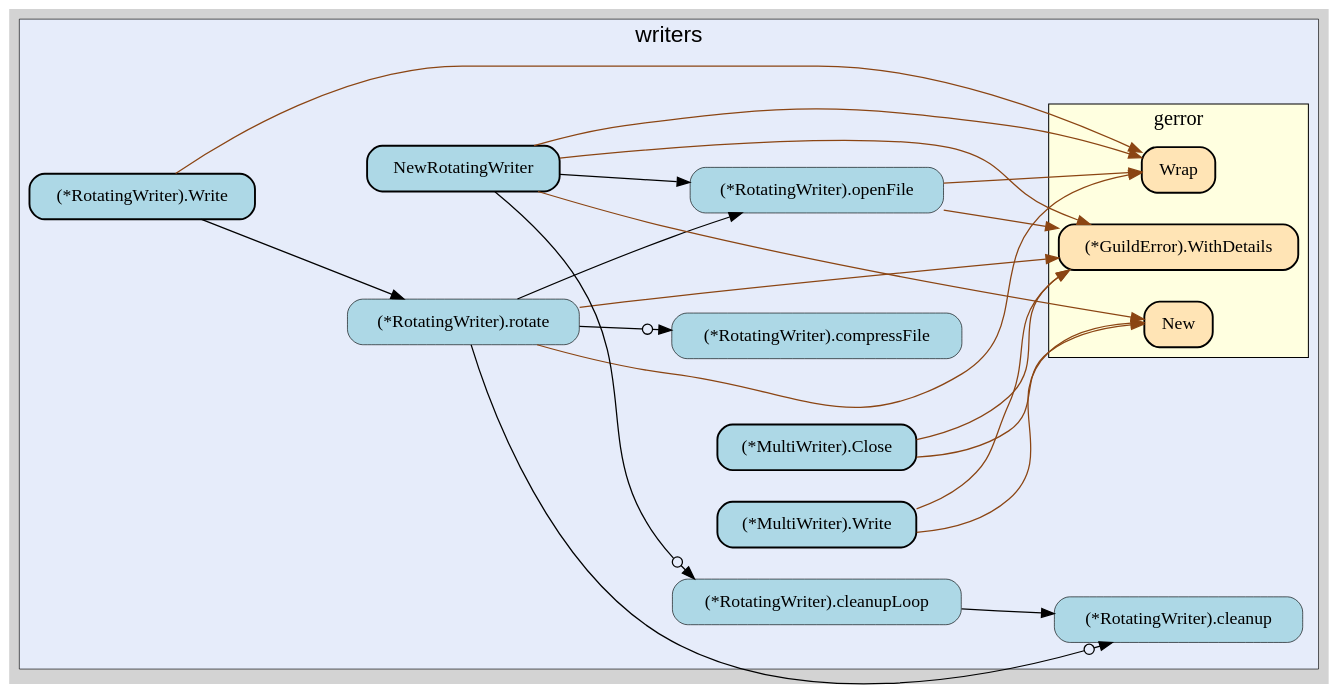
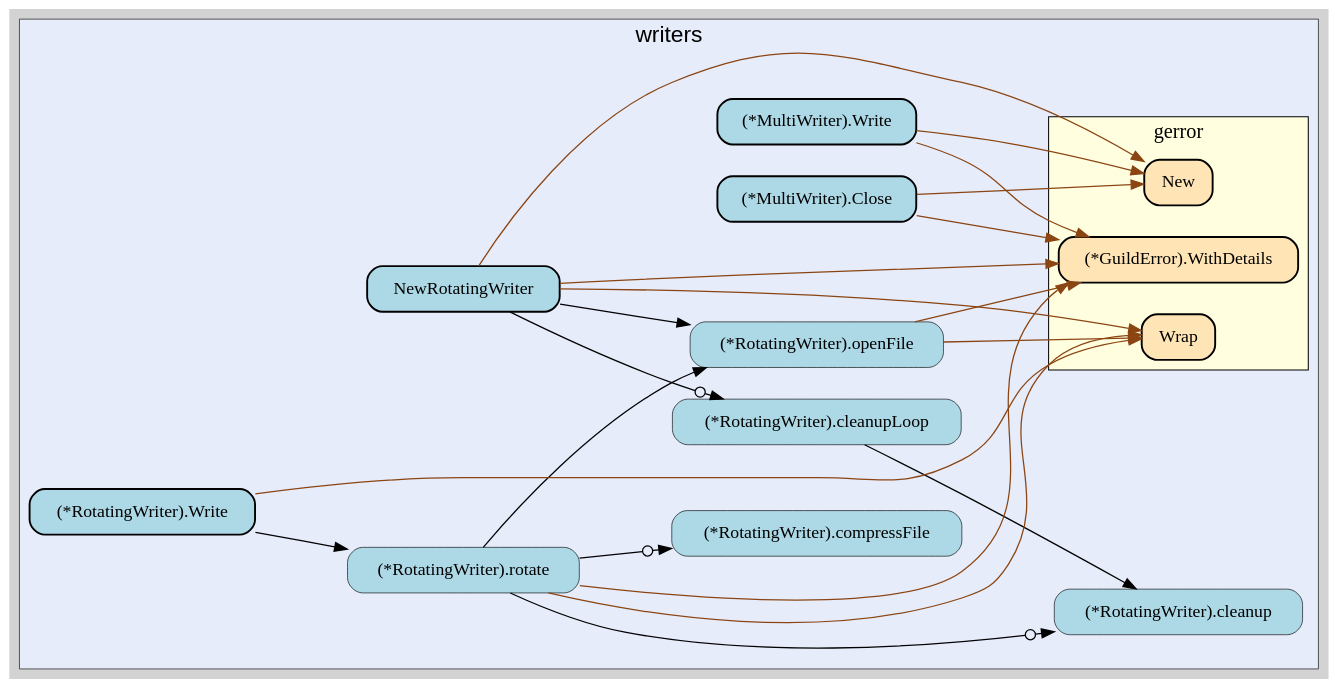
One commit to lancekrogers/guild-core changed the diagram in docs/images/callgraphs/pkg-logging-writers.gv. Above: the diagram before and after it, drawn with Graphviz. The commit also changed 289 other files, not shown here.

```diff
--- a/docs/images/callgraphs/pkg-logging-writers.gv
+++ b/docs/images/callgraphs/pkg-logging-writers.gv
@@ -14,58 +14,58 @@
     edge [minlen="2"]
 
     subgraph "cluster_focus" {
-        fontsize="18";
-bgcolor="#e6ecfa";
+        bgcolor="#e6ecfa";
 label="writers";
 labelloc="t";
 labeljust="c";
+fontsize="18";
         
-        "(*github.com/guild-framework/guild-core/pkg/logging/writers.RotatingWriter).cleanupLoop" [ fillcolor="lightblue" label="(*RotatingWriter).cleanupLoop" penwidth="0.5" tooltip="(*github.com/guild-framework/guild-core/pkg/logging/writers.RotatingWriter).cleanupLoop | defined in rotating.go:252\nat rotating.go:257: calling [(*github.com/guild-framework/guild-core/pkg/logging/writers.RotatingWriter).cleanup]" ]
-        "(*github.com/guild-framework/guild-core/pkg/logging/writers.RotatingWriter).cleanup" [ label="(*RotatingWriter).cleanup" penwidth="0.5" tooltip="(*github.com/guild-framework/guild-core/pkg/logging/writers.RotatingWriter).cleanup | defined in rotating.go:196" fillcolor="lightblue" ]
-        "(*github.com/guild-framework/guild-core/pkg/logging/writers.RotatingWriter).openFile" [ fillcolor="lightblue" label="(*RotatingWriter).openFile" penwidth="0.5" tooltip="(*github.com/guild-framework/guild-core/pkg/logging/writers.RotatingWriter).openFile | defined in rotating.go:99\nat rotating.go:111: calling [(*github.com/guild-framework/guild-core/pkg/gerror.GuildError).WithDetails]\nat rotating.go:110: calling [github.com/guild-framework/guild-core/pkg/gerror.Wrap]" ]
-        "(*github.com/guild-framework/guild-core/pkg/logging/writers.RotatingWriter).rotate" [ fillcolor="lightblue" label="(*RotatingWriter).rotate" penwidth="0.5" tooltip="(*github.com/guild-framework/guild-core/pkg/logging/writers.RotatingWriter).rotate | defined in rotating.go:119\nat rotating.go:123: calling [github.com/guild-framework/guild-core/pkg/gerror.Wrap]\nat rotating.go:137: calling [github.com/guild-framework/guild-core/pkg/gerror.Wrap]\nat rotating.go:138: calling [(*github.com/guild-framework/guild-core/pkg/gerror.GuildError).WithDetails]\nat rotating.go:139: calling [(*github.com/guild-framework/guild-core/pkg/gerror.GuildError).WithDetails]\nat rotating.go:144: calling [(*github.com/guild-framework/guild-core/pkg/logging/writers.RotatingWriter).compressFile]\nat rotating.go:148: calling [(*github.com/guild-framework/guild-core/pkg/logging/writers.RotatingWriter).openFile]\nat rotating.go:156: calling [(*github.com/guild-framework/guild-core/pkg/logging/writers.RotatingWriter).cleanup]" ]
+        "(*github.com/guild-framework/guild-core/pkg/logging/writers.RotatingWriter).openFile" [ fillcolor="lightblue" label="(*RotatingWriter).openFile" penwidth="0.5" tooltip="(*github.com/guild-framework/guild-core/pkg/logging/writers.RotatingWriter).openFile | defined in rotating.go:99\nat rotating.go:110: calling [github.com/guild-framework/guild-core/pkg/gerror.Wrap]\nat rotating.go:111: calling [(*github.com/guild-framework/guild-core/pkg/gerror.GuildError).WithDetails]" ]
+        "(*github.com/guild-framework/guild-core/pkg/logging/writers.MultiWriter).Close" [ fillcolor="lightblue" label="(*MultiWriter).Close" penwidth="1.5" tooltip="(*github.com/guild-framework/guild-core/pkg/logging/writers.MultiWriter).Close | defined in multi.go:69\nat multi.go:84: calling [(*github.com/guild-framework/guild-core/pkg/gerror.GuildError).WithDetails]\nat multi.go:83: calling [github.com/guild-framework/guild-core/pkg/gerror.New]" ]
+        "(*github.com/guild-framework/guild-core/pkg/logging/writers.RotatingWriter).cleanupLoop" [ tooltip="(*github.com/guild-framework/guild-core/pkg/logging/writers.RotatingWriter).cleanupLoop | defined in rotating.go:252\nat rotating.go:257: calling [(*github.com/guild-framework/guild-core/pkg/logging/writers.RotatingWriter).cleanup]" fillcolor="lightblue" label="(*RotatingWriter).cleanupLoop" penwidth="0.5" ]
+        "(*github.com/guild-framework/guild-core/pkg/logging/writers.RotatingWriter).cleanup" [ fillcolor="lightblue" label="(*RotatingWriter).cleanup" penwidth="0.5" tooltip="(*github.com/guild-framework/guild-core/pkg/logging/writers.RotatingWriter).cleanup | defined in rotating.go:196" ]
+        "github.com/guild-framework/guild-core/pkg/logging/writers.NewRotatingWriter" [ fillcolor="lightblue" label="NewRotatingWriter" penwidth="1.5" tooltip="github.com/guild-framework/guild-core/pkg/logging/writers.NewRotatingWriter | defined in rotating.go:31\nat rotating.go:55: calling [(*github.com/guild-framework/guild-core/pkg/logging/writers.RotatingWriter).openFile]\nat rotating.go:33: calling [github.com/guild-framework/guild-core/pkg/gerror.New]\nat rotating.go:41: calling [github.com/guild-framework/guild-core/pkg/gerror.Wrap]\nat rotating.go:42: calling [(*github.com/guild-framework/guild-core/pkg/gerror.GuildError).WithDetails]\nat rotating.go:60: calling [(*github.com/guild-framework/guild-core/pkg/logging/writers.RotatingWriter).cleanupLoop]" ]
+        "(*github.com/guild-framework/guild-core/pkg/logging/writers.RotatingWriter).rotate" [ penwidth="0.5" tooltip="(*github.com/guild-framework/guild-core/pkg/logging/writers.RotatingWriter).rotate | defined in rotating.go:119\nat rotating.go:123: calling [github.com/guild-framework/guild-core/pkg/gerror.Wrap]\nat rotating.go:137: calling [github.com/guild-framework/guild-core/pkg/gerror.Wrap]\nat rotating.go:148: calling [(*github.com/guild-framework/guild-core/pkg/logging/writers.RotatingWriter).openFile]\nat rotating.go:144: calling [(*github.com/guild-framework/guild-core/pkg/logging/writers.RotatingWriter).compressFile]\nat rotating.go:156: calling [(*github.com/guild-framework/guild-core/pkg/logging/writers.RotatingWriter).cleanup]\nat rotating.go:138: calling [(*github.com/guild-framework/guild-core/pkg/gerror.GuildError).WithDetails]\nat rotating.go:139: calling [(*github.com/guild-framework/guild-core/pkg/gerror.GuildError).WithDetails]" fillcolor="lightblue" label="(*RotatingWriter).rotate" ]
         "(*github.com/guild-framework/guild-core/pkg/logging/writers.RotatingWriter).compressFile" [ fillcolor="lightblue" label="(*RotatingWriter).compressFile" penwidth="0.5" tooltip="(*github.com/guild-framework/guild-core/pkg/logging/writers.RotatingWriter).compressFile | defined in rotating.go:162" ]
-        "(*github.com/guild-framework/guild-core/pkg/logging/writers.RotatingWriter).Write" [ label="(*RotatingWriter).Write" penwidth="1.5" tooltip="(*github.com/guild-framework/guild-core/pkg/logging/writers.RotatingWriter).Write | defined in rotating.go:66\nat rotating.go:73: calling [github.com/guild-framework/guild-core/pkg/gerror.Wrap]\nat rotating.go:80: calling [github.com/guild-framework/guild-core/pkg/gerror.Wrap]\nat rotating.go:72: calling [(*github.com/guild-framework/guild-core/pkg/logging/writers.RotatingWriter).rotate]" fillcolor="lightblue" ]
-        "(*github.com/guild-framework/guild-core/pkg/logging/writers.MultiWriter).Write" [ fillcolor="lightblue" label="(*MultiWriter).Write" penwidth="1.5" tooltip="(*github.com/guild-framework/guild-core/pkg/logging/writers.MultiWriter).Write | defined in multi.go:24\nat multi.go:41: calling [(*github.com/guild-framework/guild-core/pkg/gerror.GuildError).WithDetails]\nat multi.go:40: calling [github.com/guild-framework/guild-core/pkg/gerror.New]" ]
-        "(*github.com/guild-framework/guild-core/pkg/logging/writers.MultiWriter).Close" [ label="(*MultiWriter).Close" penwidth="1.5" tooltip="(*github.com/guild-framework/guild-core/pkg/logging/writers.MultiWriter).Close | defined in multi.go:69\nat multi.go:84: calling [(*github.com/guild-framework/guild-core/pkg/gerror.GuildError).WithDetails]\nat multi.go:83: calling [github.com/guild-framework/guild-core/pkg/gerror.New]" fillcolor="lightblue" ]
-        "github.com/guild-framework/guild-core/pkg/logging/writers.NewRotatingWriter" [ label="NewRotatingWriter" penwidth="1.5" tooltip="github.com/guild-framework/guild-core/pkg/logging/writers.NewRotatingWriter | defined in rotating.go:31\nat rotating.go:33: calling [github.com/guild-framework/guild-core/pkg/gerror.New]\nat rotating.go:41: calling [github.com/guild-framework/guild-core/pkg/gerror.Wrap]\nat rotating.go:42: calling [(*github.com/guild-framework/guild-core/pkg/gerror.GuildError).WithDetails]\nat rotating.go:55: calling [(*github.com/guild-framework/guild-core/pkg/logging/writers.RotatingWriter).openFile]\nat rotating.go:60: calling [(*github.com/guild-framework/guild-core/pkg/logging/writers.RotatingWriter).cleanupLoop]" fillcolor="lightblue" ]
+        "(*github.com/guild-framework/guild-core/pkg/logging/writers.RotatingWriter).Write" [ fillcolor="lightblue" label="(*RotatingWriter).Write" penwidth="1.5" tooltip="(*github.com/guild-framework/guild-core/pkg/logging/writers.RotatingWriter).Write | defined in rotating.go:66\nat rotating.go:72: calling [(*github.com/guild-framework/guild-core/pkg/logging/writers.RotatingWriter).rotate]\nat rotating.go:73: calling [github.com/guild-framework/guild-core/pkg/gerror.Wrap]\nat rotating.go:80: calling [github.com/guild-framework/guild-core/pkg/gerror.Wrap]" ]
+        "(*github.com/guild-framework/guild-core/pkg/logging/writers.MultiWriter).Write" [ tooltip="(*github.com/guild-framework/guild-core/pkg/logging/writers.MultiWriter).Write | defined in multi.go:24\nat multi.go:41: calling [(*github.com/guild-framework/guild-core/pkg/gerror.GuildError).WithDetails]\nat multi.go:40: calling [github.com/guild-framework/guild-core/pkg/gerror.New]" fillcolor="lightblue" label="(*MultiWriter).Write" penwidth="1.5" ]
         
         subgraph "cluster_github.com/guild-framework/guild-core/pkg/gerror" {
-        style="filled";
-penwidth="0.8";
+        penwidth="0.8";
+fontsize="16";
+rank="sink";
+URL="/?f=github.com/guild-framework/guild-core/pkg/gerror";
+style="filled";
 fillcolor="lightyellow";
 fontname="Tahoma bold";
-rank="sink";
 label="gerror";
-URL="/?f=github.com/guild-framework/guild-core/pkg/gerror";
 tooltip="package: github.com/guild-framework/guild-core/pkg/gerror";
-fontsize="16";
         
-        "github.com/guild-framework/guild-core/pkg/gerror.Wrap" [ fillcolor="moccasin" label="Wrap" penwidth="1.5" tooltip="github.com/guild-framework/guild-core/pkg/gerror.Wrap | defined in errors.go:223" ]
-        "(*github.com/guild-framework/guild-core/pkg/gerror.GuildError).WithDetails" [ tooltip="(*github.com/guild-framework/guild-core/pkg/gerror.GuildError).WithDetails | defined in errors.go:147" fillcolor="moccasin" label="(*GuildError).WithDetails" penwidth="1.5" ]
-        "github.com/guild-framework/guild-core/pkg/gerror.New" [ label="New" penwidth="1.5" tooltip="github.com/guild-framework/guild-core/pkg/gerror.New | defined in errors.go:190" fillcolor="moccasin" ]
+        "github.com/guild-framework/guild-core/pkg/gerror.Wrap" [ label="Wrap" penwidth="1.5" tooltip="github.com/guild-framework/guild-core/pkg/gerror.Wrap | defined in errors.go:223" fillcolor="moccasin" ]
+        "(*github.com/guild-framework/guild-core/pkg/gerror.GuildError).WithDetails" [ fillcolor="moccasin" label="(*GuildError).WithDetails" penwidth="1.5" tooltip="(*github.com/guild-framework/guild-core/pkg/gerror.GuildError).WithDetails | defined in errors.go:147" ]
+        "github.com/guild-framework/guild-core/pkg/gerror.New" [ fillcolor="moccasin" label="New" penwidth="1.5" tooltip="github.com/guild-framework/guild-core/pkg/gerror.New | defined in errors.go:190" ]
         
     }
 
     }
 
-    "(*github.com/guild-framework/guild-core/pkg/logging/writers.RotatingWriter).openFile" -> "(*github.com/guild-framework/guild-core/pkg/gerror.GuildError).WithDetails" [ color="saddlebrown" tooltip="at rotating.go:111: calling [(*github.com/guild-framework/guild-core/pkg/gerror.GuildError).WithDetails]" ]
+    "github.com/guild-framework/guild-core/pkg/logging/writers.NewRotatingWriter" -> "(*github.com/guild-framework/guild-core/pkg/logging/writers.RotatingWriter).openFile" [ tooltip="at rotating.go:55: calling [(*github.com/guild-framework/guild-core/pkg/logging/writers.RotatingWriter).openFile]" ]
     "(*github.com/guild-framework/guild-core/pkg/logging/writers.RotatingWriter).rotate" -> "github.com/guild-framework/guild-core/pkg/gerror.Wrap" [ color="saddlebrown" tooltip="at rotating.go:123: calling [github.com/guild-framework/guild-core/pkg/gerror.Wrap]\nat rotating.go:137: calling [github.com/guild-framework/guild-core/pkg/gerror.Wrap]" ]
-    "(*github.com/guild-framework/guild-core/pkg/logging/writers.RotatingWriter).rotate" -> "(*github.com/guild-framework/guild-core/pkg/gerror.GuildError).WithDetails" [ tooltip="at rotating.go:138: calling [(*github.com/guild-framework/guild-core/pkg/gerror.GuildError).WithDetails]\nat rotating.go:139: calling [(*github.com/guild-framework/guild-core/pkg/gerror.GuildError).WithDetails]" color="saddlebrown" ]
-    "(*github.com/guild-framework/guild-core/pkg/logging/writers.RotatingWriter).rotate" -> "(*github.com/guild-framework/guild-core/pkg/logging/writers.RotatingWriter).compressFile" [ arrowhead="normalnoneodot" tooltip="at rotating.go:144: calling [(*github.com/guild-framework/guild-core/pkg/logging/writers.RotatingWriter).compressFile]" ]
     "(*github.com/guild-framework/guild-core/pkg/logging/writers.RotatingWriter).rotate" -> "(*github.com/guild-framework/guild-core/pkg/logging/writers.RotatingWriter).openFile" [ tooltip="at rotating.go:148: calling [(*github.com/guild-framework/guild-core/pkg/logging/writers.RotatingWriter).openFile]" ]
-    "(*github.com/guild-framework/guild-core/pkg/logging/writers.RotatingWriter).rotate" -> "(*github.com/guild-framework/guild-core/pkg/logging/writers.RotatingWriter).cleanup" [ arrowhead="normalnoneodot" tooltip="at rotating.go:156: calling [(*github.com/guild-framework/guild-core/pkg/logging/writers.RotatingWriter).cleanup]" ]
+    "(*github.com/guild-framework/guild-core/pkg/logging/writers.RotatingWriter).Write" -> "(*github.com/guild-framework/guild-core/pkg/logging/writers.RotatingWriter).rotate" [ tooltip="at rotating.go:72: calling [(*github.com/guild-framework/guild-core/pkg/logging/writers.RotatingWriter).rotate]" ]
     "(*github.com/guild-framework/guild-core/pkg/logging/writers.RotatingWriter).Write" -> "github.com/guild-framework/guild-core/pkg/gerror.Wrap" [ color="saddlebrown" tooltip="at rotating.go:73: calling [github.com/guild-framework/guild-core/pkg/gerror.Wrap]\nat rotating.go:80: calling [github.com/guild-framework/guild-core/pkg/gerror.Wrap]" ]
-    "(*github.com/guild-framework/guild-core/pkg/logging/writers.MultiWriter).Write" -> "(*github.com/guild-framework/guild-core/pkg/gerror.GuildError).WithDetails" [ color="saddlebrown" tooltip="at multi.go:41: calling [(*github.com/guild-framework/guild-core/pkg/gerror.GuildError).WithDetails]" ]
-    "(*github.com/guild-framework/guild-core/pkg/logging/writers.RotatingWriter).cleanupLoop" -> "(*github.com/guild-framework/guild-core/pkg/logging/writers.RotatingWriter).cleanup" [ tooltip="at rotating.go:257: calling [(*github.com/guild-framework/guild-core/pkg/logging/writers.RotatingWriter).cleanup]" ]
-    "(*github.com/guild-framework/guild-core/pkg/logging/writers.RotatingWriter).Write" -> "(*github.com/guild-framework/guild-core/pkg/logging/writers.RotatingWriter).rotate" [ tooltip="at rotating.go:72: calling [(*github.com/guild-framework/guild-core/pkg/logging/writers.RotatingWriter).rotate]" ]
+    "(*github.com/guild-framework/guild-core/pkg/logging/writers.RotatingWriter).openFile" -> "github.com/guild-framework/guild-core/pkg/gerror.Wrap" [ color="saddlebrown" tooltip="at rotating.go:110: calling [github.com/guild-framework/guild-core/pkg/gerror.Wrap]" ]
+    "(*github.com/guild-framework/guild-core/pkg/logging/writers.MultiWriter).Close" -> "(*github.com/guild-framework/guild-core/pkg/gerror.GuildError).WithDetails" [ color="saddlebrown" tooltip="at multi.go:84: calling [(*github.com/guild-framework/guild-core/pkg/gerror.GuildError).WithDetails]" ]
     "github.com/guild-framework/guild-core/pkg/logging/writers.NewRotatingWriter" -> "github.com/guild-framework/guild-core/pkg/gerror.New" [ color="saddlebrown" tooltip="at rotating.go:33: calling [github.com/guild-framework/guild-core/pkg/gerror.New]" ]
     "github.com/guild-framework/guild-core/pkg/logging/writers.NewRotatingWriter" -> "github.com/guild-framework/guild-core/pkg/gerror.Wrap" [ color="saddlebrown" tooltip="at rotating.go:41: calling [github.com/guild-framework/guild-core/pkg/gerror.Wrap]" ]
-    "(*github.com/guild-framework/guild-core/pkg/logging/writers.RotatingWriter).openFile" -> "github.com/guild-framework/guild-core/pkg/gerror.Wrap" [ tooltip="at rotating.go:110: calling [github.com/guild-framework/guild-core/pkg/gerror.Wrap]" color="saddlebrown" ]
-    "(*github.com/guild-framework/guild-core/pkg/logging/writers.MultiWriter).Close" -> "(*github.com/guild-framework/guild-core/pkg/gerror.GuildError).WithDetails" [ color="saddlebrown" tooltip="at multi.go:84: calling [(*github.com/guild-framework/guild-core/pkg/gerror.GuildError).WithDetails]" ]
-    "github.com/guild-framework/guild-core/pkg/logging/writers.NewRotatingWriter" -> "(*github.com/guild-framework/guild-core/pkg/gerror.GuildError).WithDetails" [ tooltip="at rotating.go:42: calling [(*github.com/guild-framework/guild-core/pkg/gerror.GuildError).WithDetails]" color="saddlebrown" ]
-    "github.com/guild-framework/guild-core/pkg/logging/writers.NewRotatingWriter" -> "(*github.com/guild-framework/guild-core/pkg/logging/writers.RotatingWriter).openFile" [ tooltip="at rotating.go:55: calling [(*github.com/guild-framework/guild-core/pkg/logging/writers.RotatingWriter).openFile]" ]
+    "(*github.com/guild-framework/guild-core/pkg/logging/writers.RotatingWriter).rotate" -> "(*github.com/guild-framework/guild-core/pkg/logging/writers.RotatingWriter).compressFile" [ arrowhead="normalnoneodot" tooltip="at rotating.go:144: calling [(*github.com/guild-framework/guild-core/pkg/logging/writers.RotatingWriter).compressFile]" ]
+    "(*github.com/guild-framework/guild-core/pkg/logging/writers.RotatingWriter).rotate" -> "(*github.com/guild-framework/guild-core/pkg/logging/writers.RotatingWriter).cleanup" [ arrowhead="normalnoneodot" tooltip="at rotating.go:156: calling [(*github.com/guild-framework/guild-core/pkg/logging/writers.RotatingWriter).cleanup]" ]
+    "(*github.com/guild-framework/guild-core/pkg/logging/writers.MultiWriter).Write" -> "(*github.com/guild-framework/guild-core/pkg/gerror.GuildError).WithDetails" [ color="saddlebrown" tooltip="at multi.go:41: calling [(*github.com/guild-framework/guild-core/pkg/gerror.GuildError).WithDetails]" ]
+    "(*github.com/guild-framework/guild-core/pkg/logging/writers.MultiWriter).Close" -> "github.com/guild-framework/guild-core/pkg/gerror.New" [ color="saddlebrown" tooltip="at multi.go:83: calling [github.com/guild-framework/guild-core/pkg/gerror.New]" ]
+    "github.com/guild-framework/guild-core/pkg/logging/writers.NewRotatingWriter" -> "(*github.com/guild-framework/guild-core/pkg/gerror.GuildError).WithDetails" [ color="saddlebrown" tooltip="at rotating.go:42: calling [(*github.com/guild-framework/guild-core/pkg/gerror.GuildError).WithDetails]" ]
+    "(*github.com/guild-framework/guild-core/pkg/logging/writers.RotatingWriter).rotate" -> "(*github.com/guild-framework/guild-core/pkg/gerror.GuildError).WithDetails" [ color="saddlebrown" tooltip="at rotating.go:138: calling [(*github.com/guild-framework/guild-core/pkg/gerror.GuildError).WithDetails]\nat rotating.go:139: calling [(*github.com/guild-framework/guild-core/pkg/gerror.GuildError).WithDetails]" ]
     "(*github.com/guild-framework/guild-core/pkg/logging/writers.MultiWriter).Write" -> "github.com/guild-framework/guild-core/pkg/gerror.New" [ color="saddlebrown" tooltip="at multi.go:40: calling [github.com/guild-framework/guild-core/pkg/gerror.New]" ]
-    "(*github.com/guild-framework/guild-core/pkg/logging/writers.MultiWriter).Close" -> "github.com/guild-framework/guild-core/pkg/gerror.New" [ tooltip="at multi.go:83: calling [github.com/guild-framework/guild-core/pkg/gerror.New]" color="saddlebrown" ]
-    "github.com/guild-framework/guild-core/pkg/logging/writers.NewRotatingWriter" -> "(*github.com/guild-framework/guild-core/pkg/logging/writers.RotatingWriter).cleanupLoop" [ arrowhead="normalnoneodot" tooltip="at rotating.go:60: calling [(*github.com/guild-framework/guild-core/pkg/logging/writers.RotatingWriter).cleanupLoop]" ]
+    "(*github.com/guild-framework/guild-core/pkg/logging/writers.RotatingWriter).openFile" -> "(*github.com/guild-framework/guild-core/pkg/gerror.GuildError).WithDetails" [ color="saddlebrown" tooltip="at rotating.go:111: calling [(*github.com/guild-framework/guild-core/pkg/gerror.GuildError).WithDetails]" ]
+    "(*github.com/guild-framework/guild-core/pkg/logging/writers.RotatingWriter).cleanupLoop" -> "(*github.com/guild-framework/guild-core/pkg/logging/writers.RotatingWriter).cleanup" [ tooltip="at rotating.go:257: calling [(*github.com/guild-framework/guild-core/pkg/logging/writers.RotatingWriter).cleanup]" ]
+    "github.com/guild-framework/guild-core/pkg/logging/writers.NewRotatingWriter" -> "(*github.com/guild-framework/guild-core/pkg/logging/writers.RotatingWriter).cleanupLoop" [ tooltip="at rotating.go:60: calling [(*github.com/guild-framework/guild-core/pkg/logging/writers.RotatingWriter).cleanupLoop]" arrowhead="normalnoneodot" ]
 }
```
